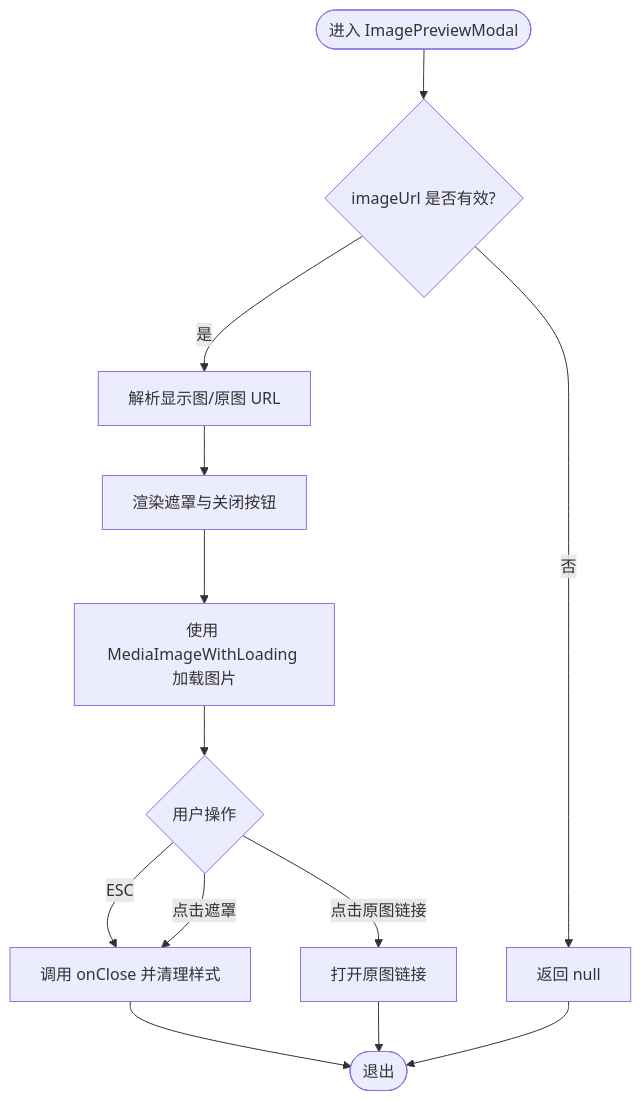
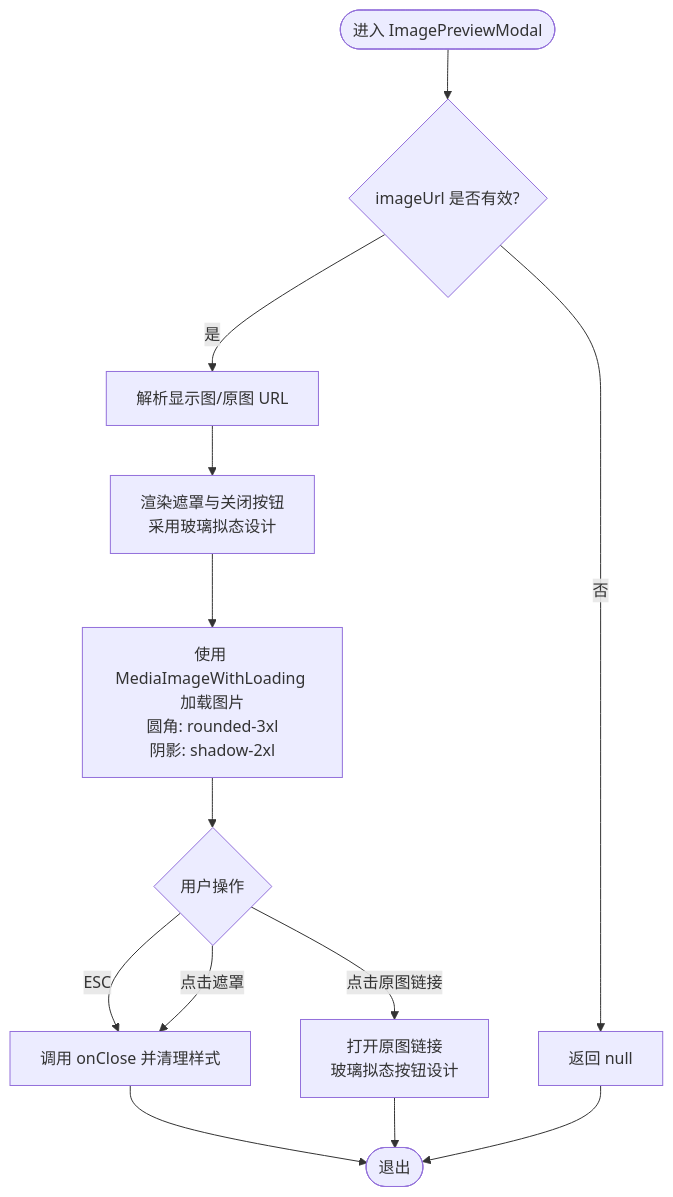
Before and after one commit to lyl2021/waoowaoo: the third of 7 diagrams in .qoder/repowiki/zh/content/前端组件架构/UI组件库/共享组件.md, drawn with Mermaid. The commit also changed other lines of this file and 20 other files, not shown here.

````diff
--- a/.qoder/repowiki/zh/content/前端组件架构/UI组件库/共享组件.md
+++ b/.qoder/repowiki/zh/content/前端组件架构/UI组件库/共享组件.md
@@ -132,15 +156,15 @@
 ```mermaid
 flowchart TD
 Start(["进入 ImagePreviewModal"]) --> CheckUrl{"imageUrl 是否有效?"}
 CheckUrl --> |否| NullReturn["返回 null"]
 CheckUrl --> |是| ResolveUrls["解析显示图/原图 URL"]
-ResolveUrls --> Render["渲染遮罩与关闭按钮"]
-Render --> LoadImg["使用 MediaImageWithLoading 加载图片"]
+ResolveUrls --> Render["渲染遮罩与关闭按钮<br/>采用玻璃拟态设计"]
+Render --> LoadImg["使用 MediaImageWithLoading 加载图片<br/>圆角: rounded-3xl<br/>阴影: shadow-2xl"]
 LoadImg --> UserAction{"用户操作"}
 UserAction --> |ESC| Close["调用 onClose 并清理样式"]
 UserAction --> |点击遮罩| Close
-UserAction --> |点击原图链接| OpenOriginal["打开原图链接"]
+UserAction --> |点击原图链接| OpenOriginal["打开原图链接<br/>玻璃拟态按钮设计"]
 Close --> End(["退出"])
 OpenOriginal --> End
 NullReturn --> End
 ```
````
